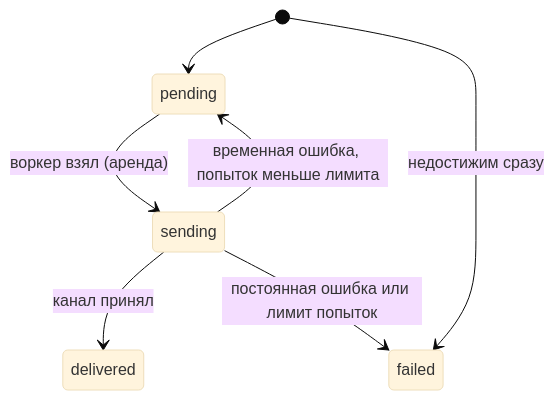
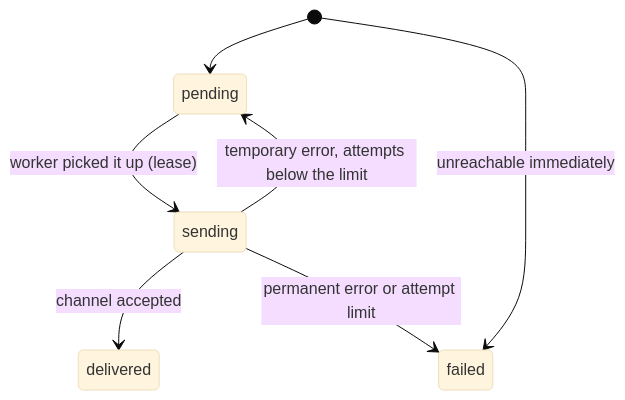
Before and after one commit to monthu56/taimen: the second of 2 diagrams in guide/docs/notifications/index.md, drawn with Mermaid (base theme). The commit also changed other lines of this file and 183 other files, not shown here.

````diff
--- a/guide/docs/notifications/index.md
+++ b/guide/docs/notifications/index.md
@@ -414,9 +408,9 @@
 ```mermaid
 stateDiagram-v2
     [*] --> pending
-    pending --> sending: воркер взял (аренда)
-    sending --> delivered: канал принял
-    sending --> pending: временная ошибка, попыток меньше лимита
-    sending --> failed: постоянная ошибка или лимит попыток
-    [*] --> failed: недостижим сразу
+    pending --> sending: worker picked it up (lease)
+    sending --> delivered: channel accepted
+    sending --> pending: temporary error, attempts below the limit
+    sending --> failed: permanent error or attempt limit
+    [*] --> failed: unreachable immediately
 ```
````
